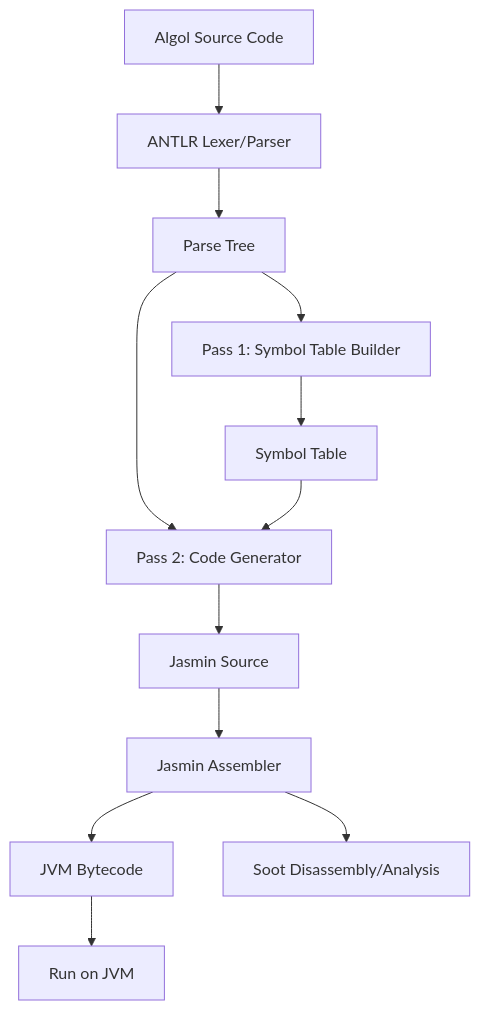
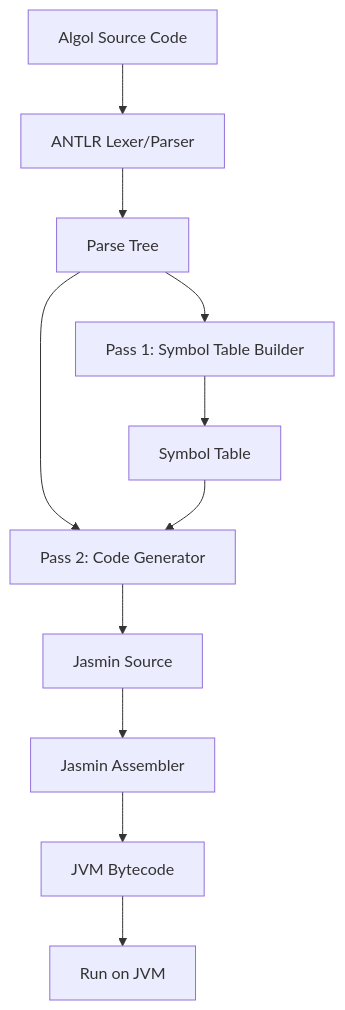
One commit to gnbonney/Perseus changed the first of 2 diagrams in docs/Architecture.md. Above: the diagram before and after it, drawn with Mermaid. The commit also changed other lines of this file and 13 other files, not shown here.

````diff
--- a/docs/Architecture.md
+++ b/docs/Architecture.md
@@ -17,14 +17,13 @@
 ```mermaid
 flowchart TD
     A[Algol Source Code] --> B[ANTLR Lexer/Parser]
     B --> C[Parse Tree]
     C --> D[Pass 1: Symbol Table Builder]
     D --> E[Symbol Table]
     C --> F[Pass 2: Code Generator]
     E --> F
     F --> G[Jasmin Source]
     G --> H[Jasmin Assembler]
     H --> I[JVM Bytecode]
     I --> J[Run on JVM]
-    H --> K[Soot Disassembly/Analysis]
 ```
````
